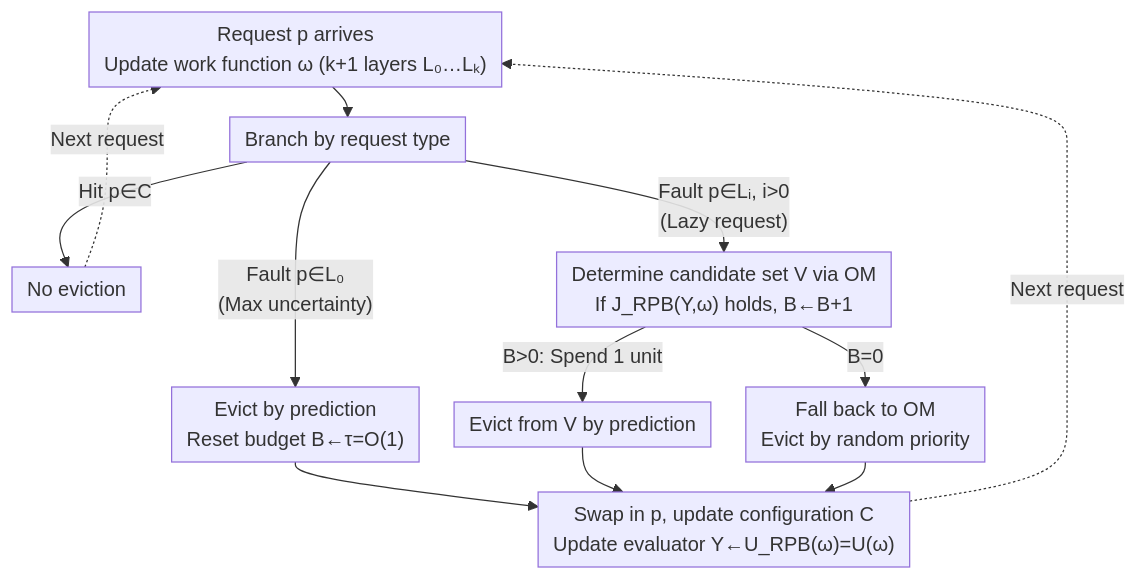
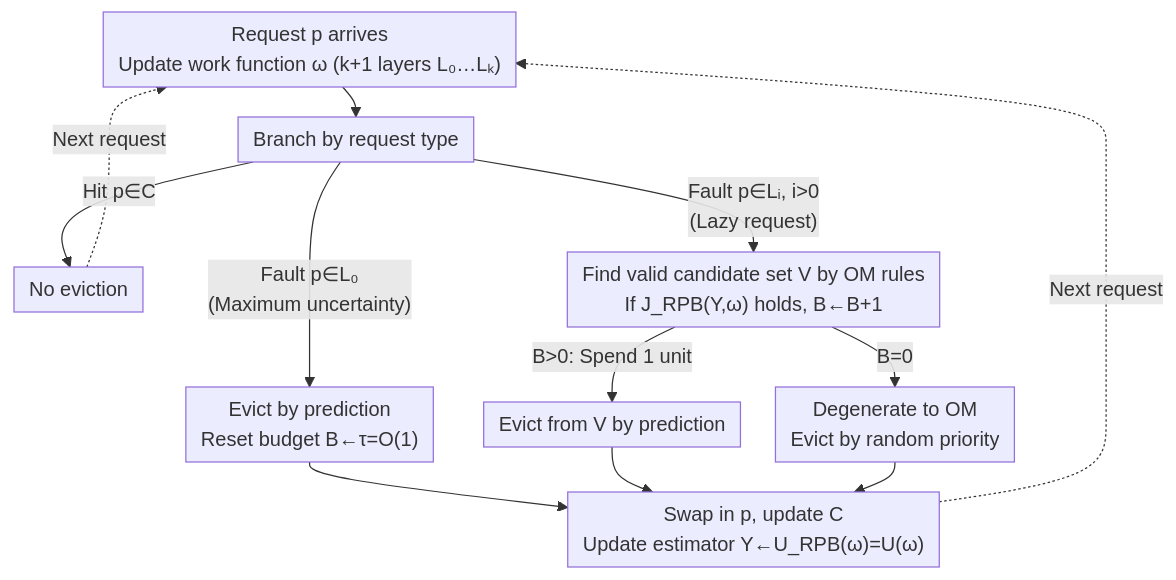
One commit to zhaoyang97/Paper-Notes-en changed the diagram in docs/ICML2026/learning_theory/towards_optimal_robustness_in_learning-augmented_paging.md. Above: the diagram before and after it, drawn with Mermaid. The commit also changed other lines of this file and 5084 other files, not shown here.

````diff
--- a/docs/ICML2026/learning_theory/towards_optimal_robustness_in_learning-augmented_paging.md
+++ b/docs/ICML2026/learning_theory/towards_optimal_robustness_in_learning-augmented_paging.md
@@ -55,15 +55,15 @@
 ```mermaid
 %%{init: {'flowchart': {'rankSpacing': 24, 'nodeSpacing': 28, 'padding': 6, 'wrappingWidth': 400}}}%%
 flowchart TD
     A["Request p arrives<br/>Update work function ω (k+1 layers L₀…Lₖ)"] --> B["Branch by request type"]
     B -->|"Hit p∈C"| Z["No eviction"]
-    B -->|"Fault p∈L₀<br/>(Max uncertainty)"| C["Evict by prediction<br/>Reset budget B←τ=O(1)"]
-    B -->|"Fault p∈Lᵢ, i>0<br/>(Lazy request)"| D["Determine candidate set V via OM<br/>If J_RPB(Y,ω) holds, B←B+1"]
+    B -->|"Fault p∈L₀<br/>(Maximum uncertainty)"| C["Evict by prediction<br/>Reset budget B←τ=O(1)"]
+    B -->|"Fault p∈Lᵢ, i>0<br/>(Lazy request)"| D["Find valid candidate set V by OM rules<br/>If J_RPB(Y,ω) holds, B←B+1"]
     D -->|"B>0: Spend 1 unit"| H["Evict from V by prediction"]
-    D -->|"B=0"| I["Fall back to OM<br/>Evict by random priority"]
-    C --> J["Swap in p, update configuration C<br/>Update evaluator Y←U_RPB(ω)=U(ω)"]
+    D -->|"B=0"| I["Degenerate to OM<br/>Evict by random priority"]
+    C --> J["Swap in p, update C<br/>Update estimator Y←U_RPB(ω)=U(ω)"]
     H --> J
     I --> J
     J -.Next request.-> A
     Z -.Next request.-> A
 ```
````
